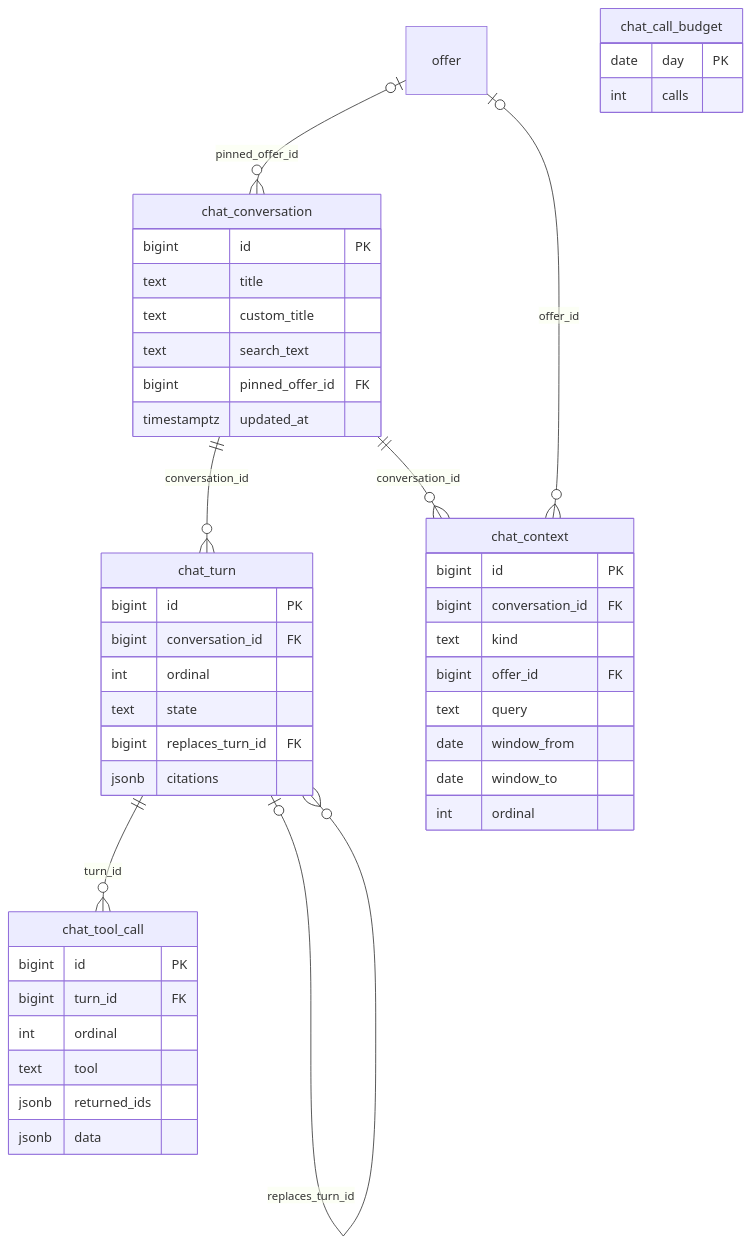
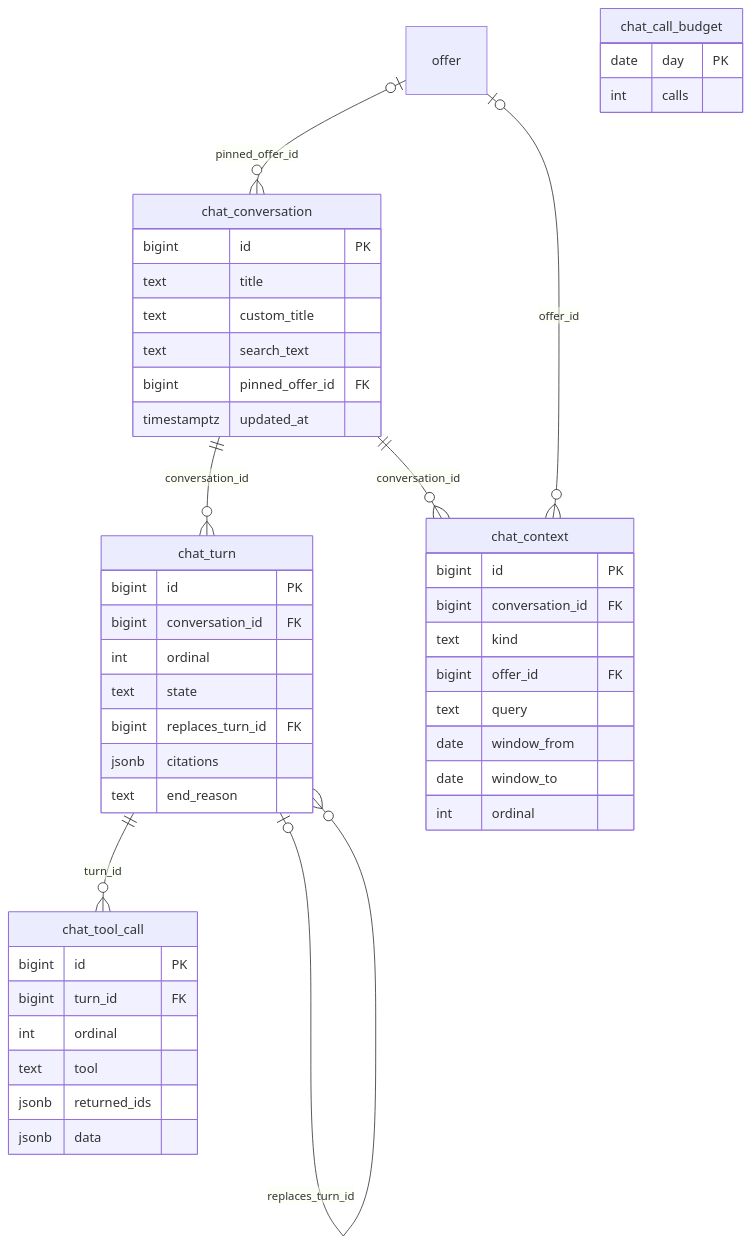
The second of 2 diagrams in docs/DATA-MODEL.md (codeministry/leadgen), drawn with Mermaid before and after one commit. The commit also changed other lines of this file and 37 other files, not shown here.

````diff
--- a/docs/DATA-MODEL.md
+++ b/docs/DATA-MODEL.md
@@ -393,47 +393,48 @@
 ```mermaid
 erDiagram
     chat_conversation ||--o{ chat_turn : "conversation_id"
     chat_turn ||--o{ chat_tool_call : "turn_id"
     chat_turn o|--o{ chat_turn : "replaces_turn_id"
     chat_conversation ||--o{ chat_context : "conversation_id"
     offer |o--o{ chat_conversation : "pinned_offer_id"
     offer |o--o{ chat_context : "offer_id"
     chat_conversation {
         bigint id PK
         text title
         text custom_title
         text search_text
         bigint pinned_offer_id FK
         timestamptz updated_at
     }
     chat_context {
         bigint id PK
         bigint conversation_id FK
         text kind
         bigint offer_id FK
         text query
         date window_from
         date window_to
         int ordinal
     }
     chat_turn {
         bigint id PK
         bigint conversation_id FK
         int ordinal
         text state
         bigint replaces_turn_id FK
         jsonb citations
+        text end_reason
     }
     chat_tool_call {
         bigint id PK
         bigint turn_id FK
         int ordinal
         text tool
         jsonb returned_ids
         jsonb data
     }
     chat_call_budget {
         date day PK
         int calls
     }
 ```
````
